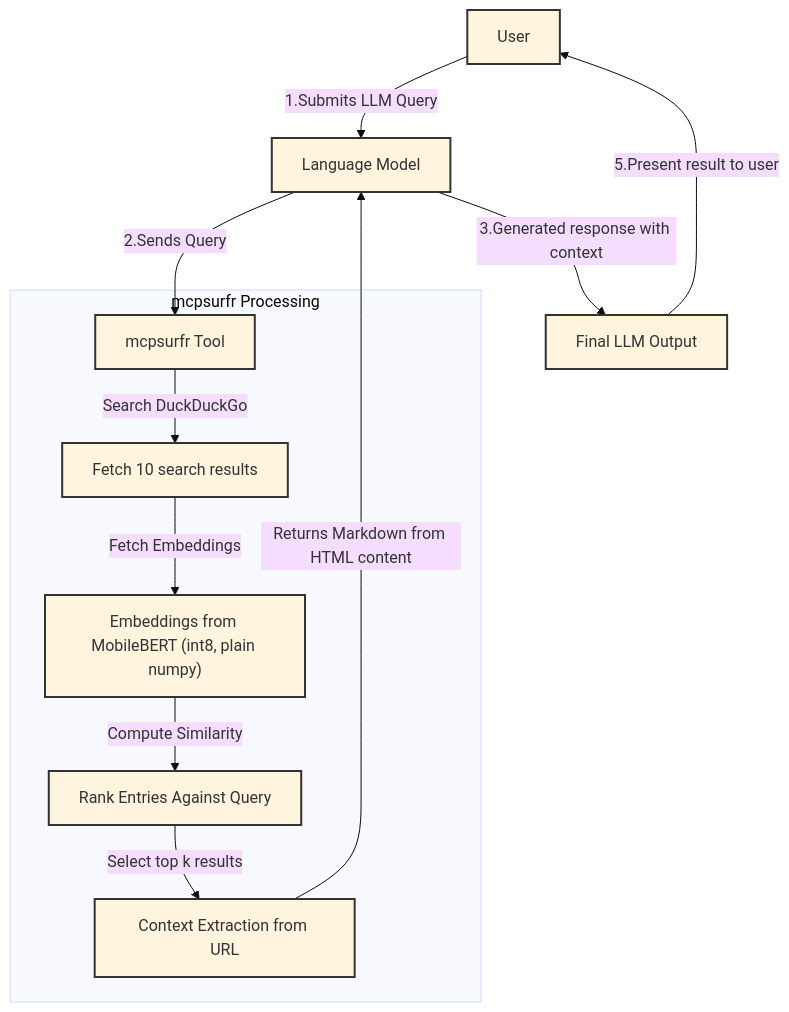
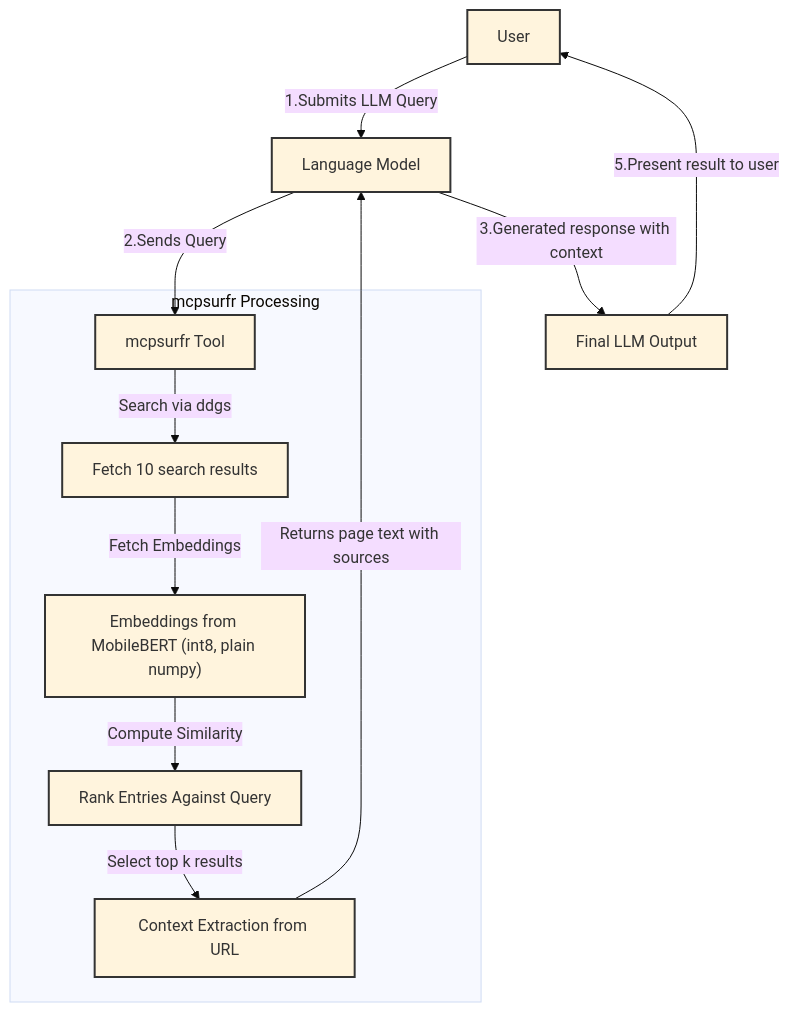
Before and after one commit to nkapila6/mcp-local-rag: the diagram in README.md, drawn with Mermaid. The commit also changed other lines of this file and 9 other files, not shown here.

````diff
--- a/README.md
+++ b/README.md
@@ -27,26 +27,26 @@
 ```mermaid
 %%{init: {'theme': 'base'}}%%
 flowchart TD
     A[User] -->|1.Submits LLM Query| B[Language Model]
     B -->|2.Sends Query| C[mcpsurfr Tool]
     
     subgraph mcpsurfr Processing
-    C -->|Search DuckDuckGo| D[Fetch 10 search results]
+    C -->|Search via ddgs| D[Fetch 10 search results]
     D -->|Fetch Embeddings| E["Embeddings from MobileBERT (int8, plain numpy)"]
     E -->|Compute Similarity| F[Rank Entries Against Query]
     F -->|Select top k results| G[Context Extraction from URL]
     end
     
-    G -->|Returns Markdown from HTML content| B
+    G -->|Returns page text with sources| B
     B -->|3.Generated response with context| H[Final LLM Output]
     H -->|5.Present result to user| A
 
     classDef default stroke:#333,stroke-width:2px;
     classDef process stroke:#333,stroke-width:2px;
     classDef input stroke:#333,stroke-width:2px;
     classDef output stroke:#333,stroke-width:2px;
 
     class A input;
     class B,C process;
     class G output;
 ```
````
